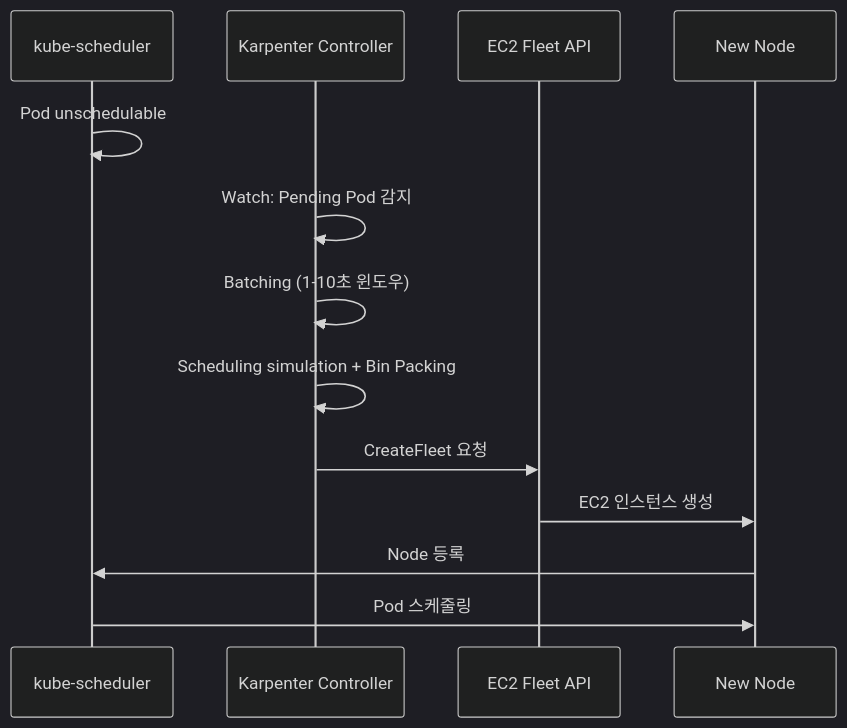
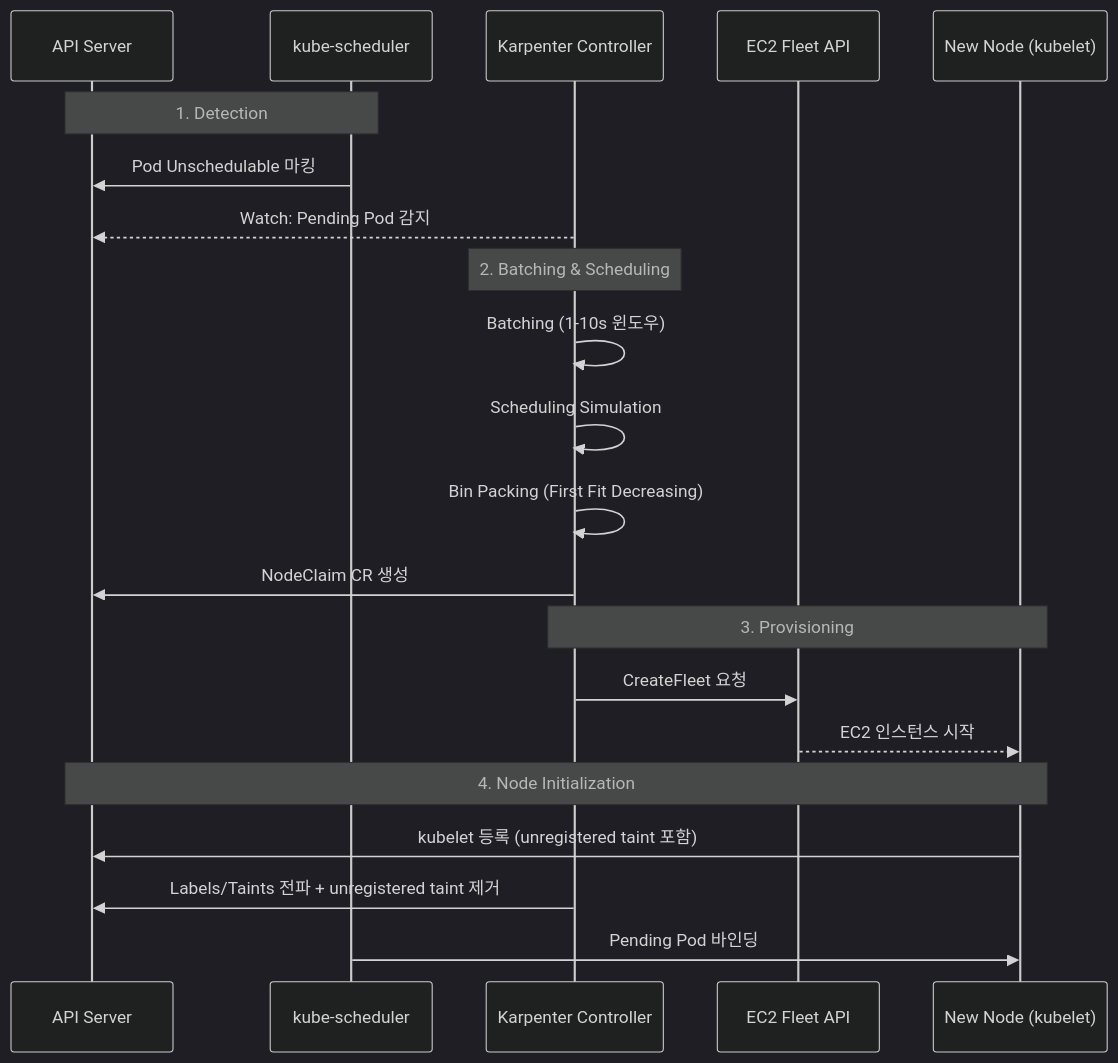
Before and after one commit to pyy0715/eks-pratice: the diagram in docs/week3/4_karpenter.md, drawn with Mermaid (dark theme). The commit also changed other lines of this file and 7 other files, not shown here.

````diff
--- a/docs/week3/4_karpenter.md
+++ b/docs/week3/4_karpenter.md
@@ -152,16 +180,27 @@
 ```mermaid
 sequenceDiagram
+    participant A as API Server
     participant S as kube-scheduler
     participant K as Karpenter Controller
     participant F as EC2 Fleet API
-    participant N as New Node
+    participant N as New Node (kubelet)
 
-    S->>S: Pod unschedulable
-    K->>K: Watch: Pending Pod 감지
-    K->>K: Batching (1-10초 윈도우)
-    K->>K: Scheduling simulation + Bin Packing
+    Note over A,S: 1. Detection
+    S->>A: Pod Unschedulable 마킹
+    K-->>A: Watch: Pending Pod 감지
+
+    Note over K: 2. Batching & Scheduling
+    K->>K: Batching (1-10s 윈도우)
+    K->>K: Scheduling Simulation
+    K->>K: Bin Packing (First Fit Decreasing)
+    K->>A: NodeClaim CR 생성
+
+    Note over K,N: 3. Provisioning
     K->>F: CreateFleet 요청
-    F->>N: EC2 인스턴스 생성
-    N->>S: Node 등록
-    S->>N: Pod 스케줄링
+    F-->>N: EC2 인스턴스 시작
+
+    Note over A,N: 4. Node Initialization
+    N->>A: kubelet 등록 (unregistered taint 포함)
+    K->>A: Labels/Taints 전파 + unregistered taint 제거
+    S->>N: Pending Pod 바인딩
 ```
````
